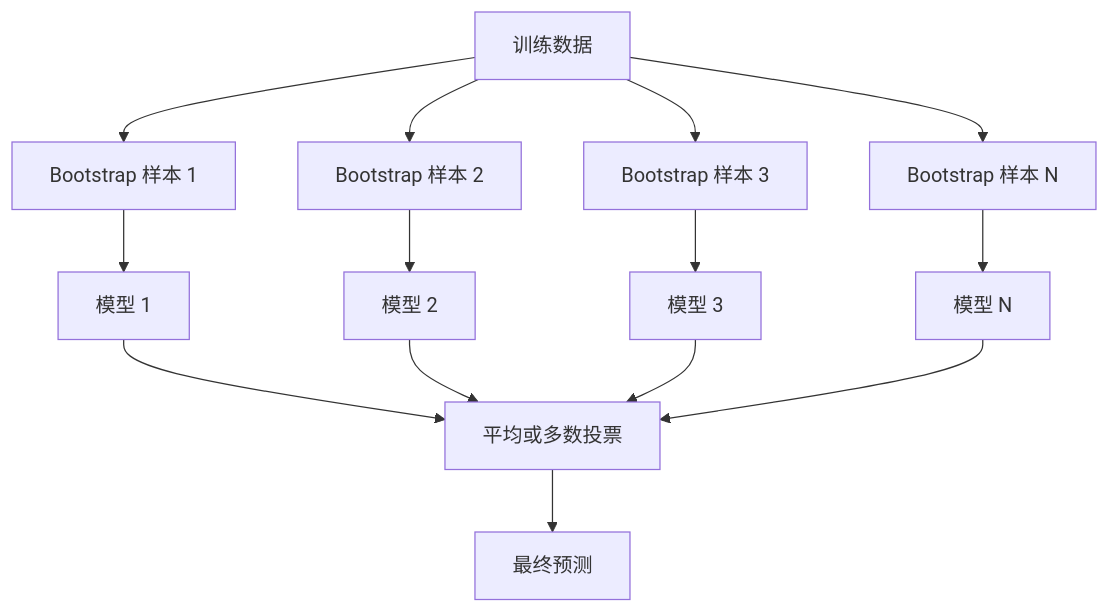
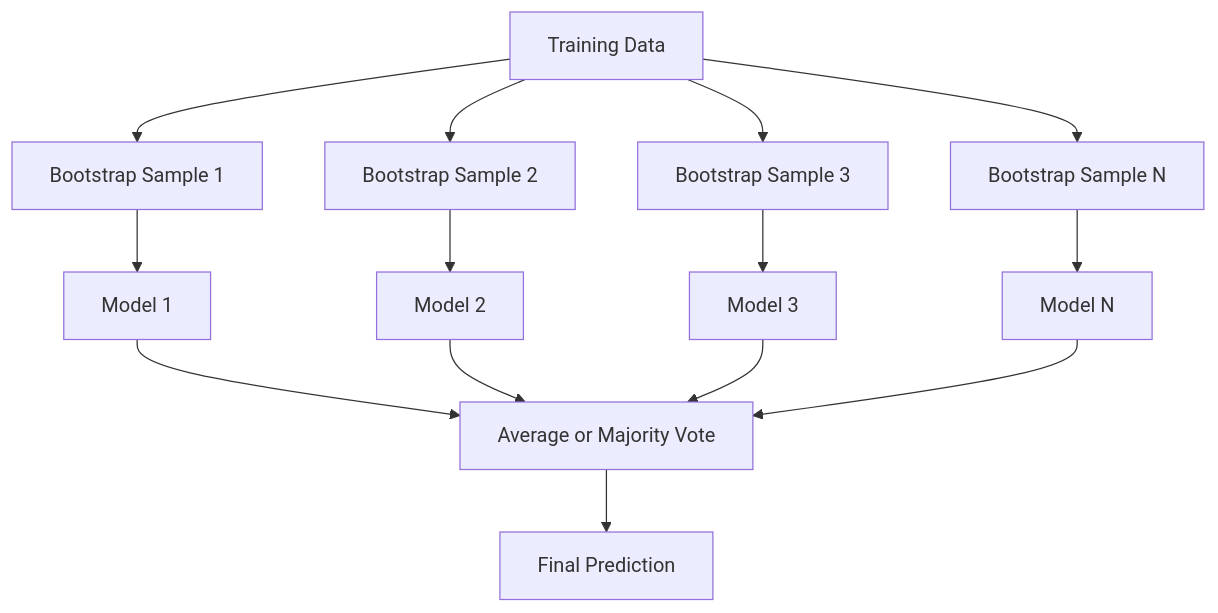
The first of 3 diagrams in i18n/zh/phases/02-ml-fundamentals/11-ensemble-methods/docs/zh.md (xiaojiaenen/ai-engineering-from-scratch-zh), drawn with Mermaid before and after one commit. The commit also changed other lines of this file and 18 other files, not shown here.

````diff
--- a/i18n/zh/phases/02-ml-fundamentals/11-ensemble-methods/docs/zh.md
+++ b/i18n/zh/phases/02-ml-fundamentals/11-ensemble-methods/docs/zh.md
@@ -46,19 +46,19 @@
 ```mermaid
 flowchart TD
-    D[训练数据] --> B1[Bootstrap 样本 1]
-    D --> B2[Bootstrap 样本 2]
-    D --> B3[Bootstrap 样本 3]
-    D --> BN[Bootstrap 样本 N]
+    D[Training Data] --> B1[Bootstrap Sample 1]
+    D --> B2[Bootstrap Sample 2]
+    D --> B3[Bootstrap Sample 3]
+    D --> BN[Bootstrap Sample N]
 
-    B1 --> M1[模型 1]
-    B2 --> M2[模型 2]
-    B3 --> M3[模型 3]
-    BN --> MN[模型 N]
+    B1 --> M1[Model 1]
+    B2 --> M2[Model 2]
+    B3 --> M3[Model 3]
+    BN --> MN[Model N]
 
-    M1 --> V[平均或多数投票]
+    M1 --> V[Average or Majority Vote]
     M2 --> V
     M3 --> V
     MN --> V
 
-    V --> P[最终预测]
+    V --> P[Final Prediction]
 ```
````
